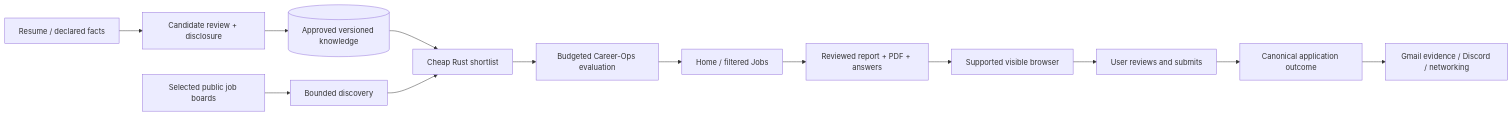
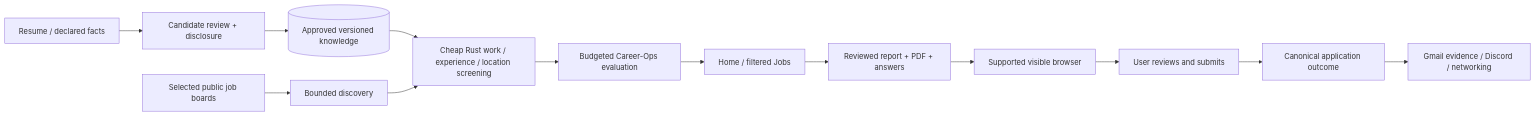
The first of 7 diagrams in README.md (xavier1of1/Maxim-Applier), drawn with Mermaid before and after one commit. The commit also changed other lines of this file and 56 other files, not shown here.

````diff
--- a/README.md
+++ b/README.md
@@ -41,15 +45,15 @@
 ```mermaid
 flowchart LR
  Sources[Resume / declared facts] --> Review[Candidate review + disclosure]
  Review --> Facts[(Approved versioned knowledge)]
  Boards[Selected public job boards] --> Discover[Bounded discovery]
- Facts --> Screen[Cheap Rust shortlist]
+ Facts --> Screen[Cheap Rust work / experience / location screening]
  Discover --> Screen
  Screen --> Score[Budgeted Career-Ops evaluation]
  Score --> Jobs[Home / filtered Jobs]
  Jobs --> Packet[Reviewed report + PDF + answers]
  Packet --> Browser[Supported visible browser]
  Browser --> Human[User reviews and submits]
  Human --> Track[Canonical application outcome]
  Track --> Follow[Gmail evidence / Discord / networking]
 ```
````
